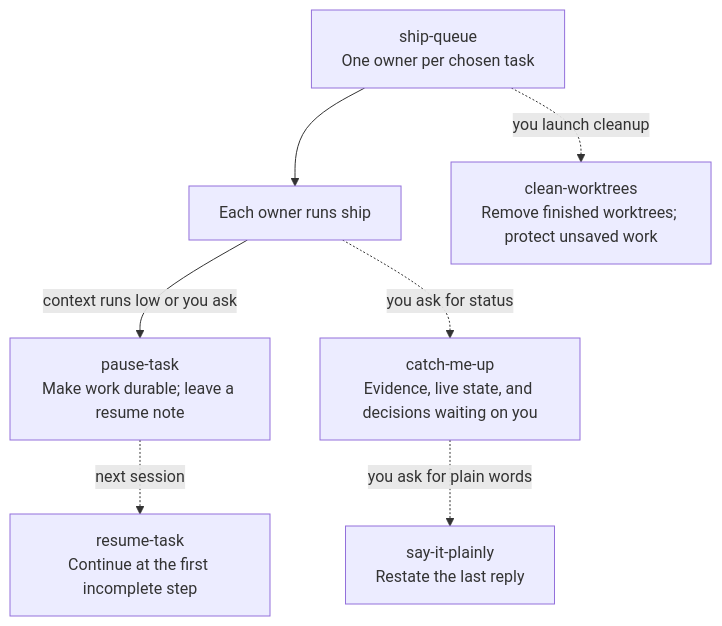
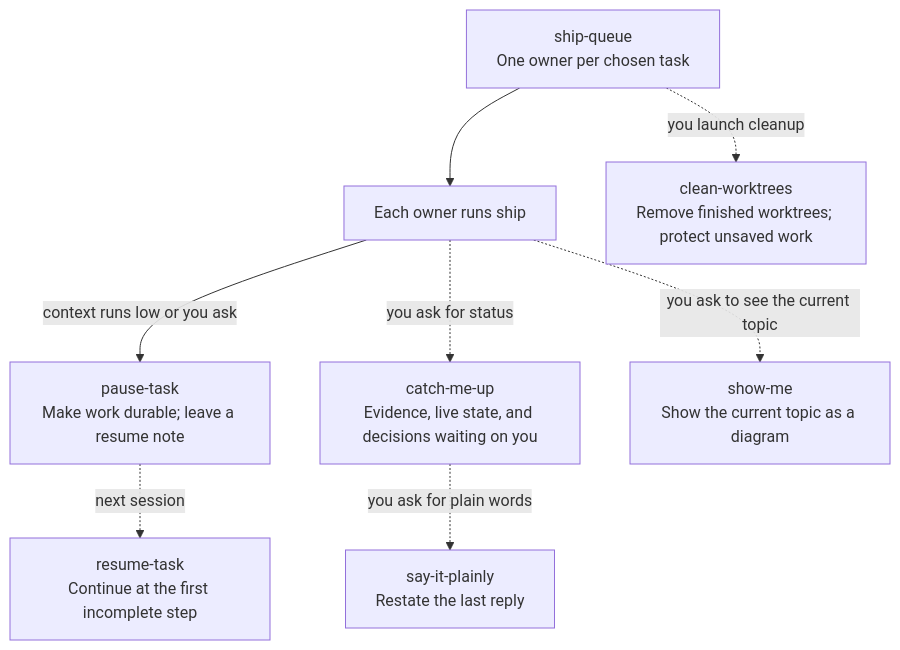
The seventh of 8 diagrams in skills/README.md (Ilian-Allaf/skillstack), drawn with Mermaid before and after one commit. The commit also changed other lines of this file and 8 other files, not shown here.

First line of the commit message:
Add the /show-me skill: explain the current topic visually

````diff
--- a/skills/README.md
+++ b/skills/README.md
@@ -278,16 +278,18 @@
 ```mermaid
 flowchart TB
     queue["ship-queue<br/>One owner per chosen task"]
     owners["Each owner runs ship"]
     pause["pause-task<br/>Make work durable; leave a resume note"]
     resume["resume-task<br/>Continue at the first incomplete step"]
     catchup["catch-me-up<br/>Evidence, live state, and decisions waiting on you"]
     plain["say-it-plainly<br/>Restate the last reply"]
+    showme["show-me<br/>Show the current topic as a diagram"]
     cleanwt["clean-worktrees<br/>Remove finished worktrees; protect unsaved work"]
     queue --> owners
     owners -->|context runs low or you ask| pause
     pause -.->|next session| resume
     owners -.->|you ask for status| catchup
     catchup -.->|you ask for plain words| plain
+    owners -.->|you ask to see the current topic| showme
     queue -.->|you launch cleanup| cleanwt
 ```
````
